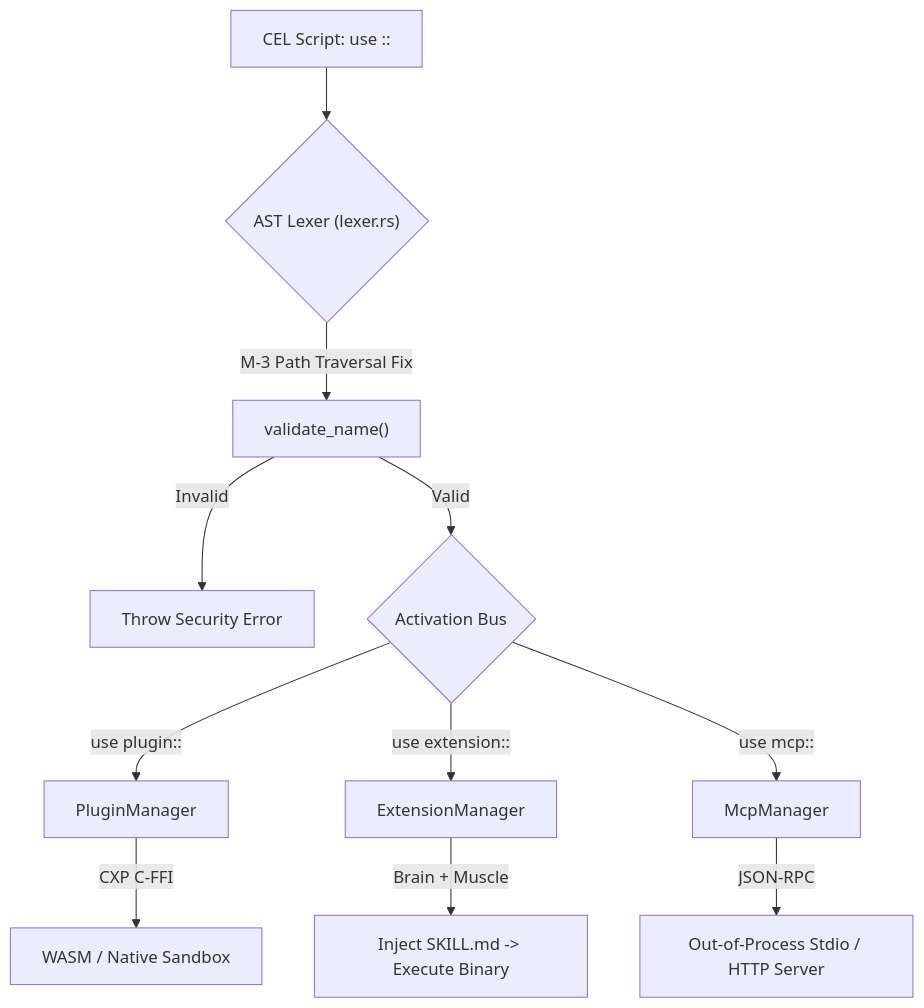
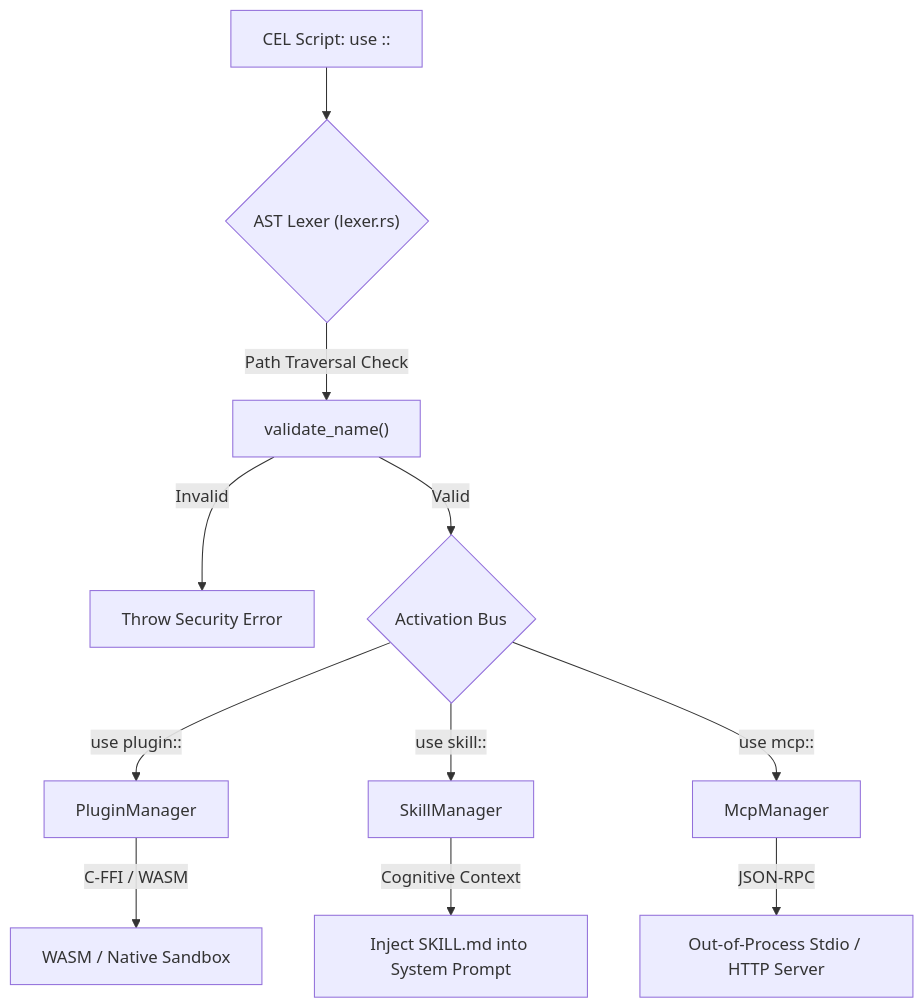
The diagram in docs/cel/tutorials/dynamic_linking.md (ayan-kushwaha/Cluaiz-), drawn with Mermaid before and after one commit. The commit also changed other lines of this file and 109 other files, not shown here.

````diff
--- a/docs/cel/tutorials/dynamic_linking.md
+++ b/docs/cel/tutorials/dynamic_linking.md
@@ -18,17 +18,17 @@
 ```mermaid
 flowchart TD
     A["CEL Script: use <type>::<name>"] --> B{"AST Lexer (lexer.rs)"}
     
-    B -->|M-3 Path Traversal Fix| C["validate_name()"]
+    B -->|Path Traversal Check| C["validate_name()"]
     C -->|Invalid| D["Throw Security Error"]
     
     C -->|Valid| E{"Activation Bus"}
     
     E -->|use plugin::| F["PluginManager"]
-    E -->|use extension::| G["ExtensionManager"]
+    E -->|use skill::| G["SkillManager"]
     E -->|use mcp::| H["McpManager"]
     
-    F -->|CXP C-FFI| I["WASM / Native Sandbox"]
-    G -->|Brain + Muscle| J["Inject SKILL.md -> Execute Binary"]
+    F -->|C-FFI / WASM| I["WASM / Native Sandbox"]
+    G -->|Cognitive Context| J["Inject SKILL.md into System Prompt"]
     H -->|JSON-RPC| K["Out-of-Process Stdio / HTTP Server"]
 ```
````
